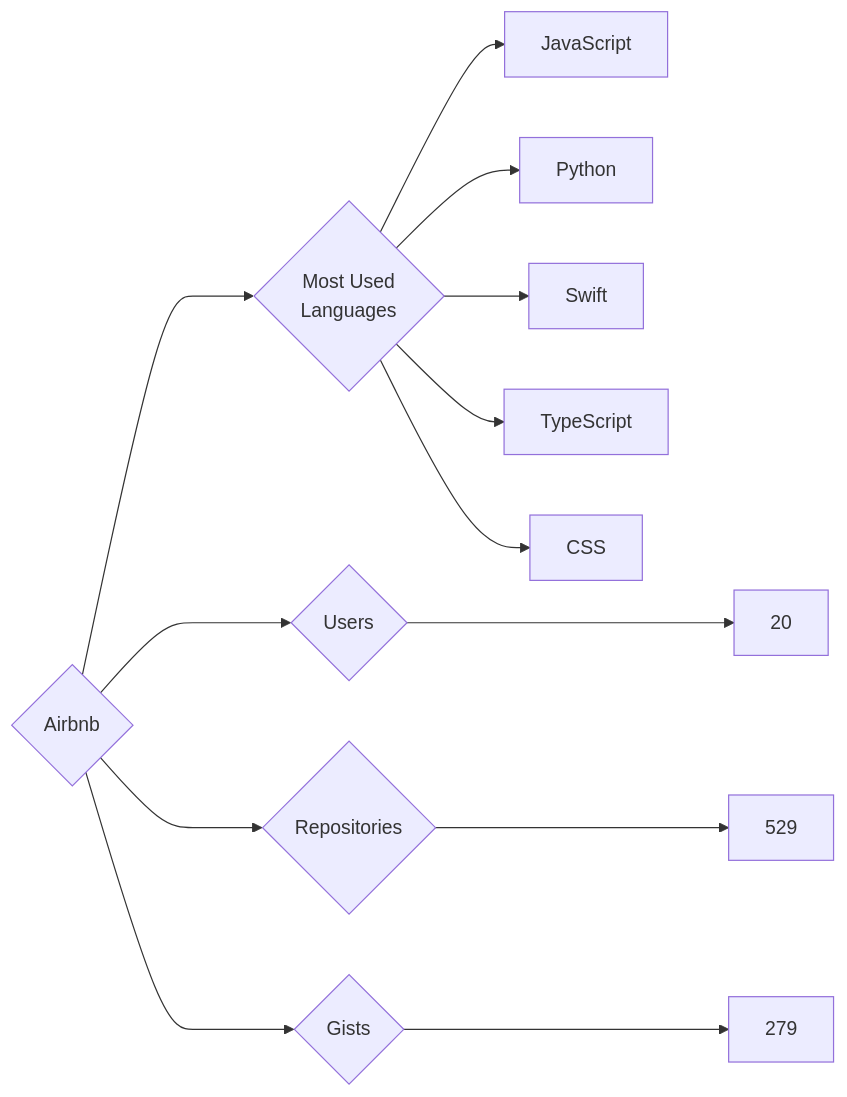
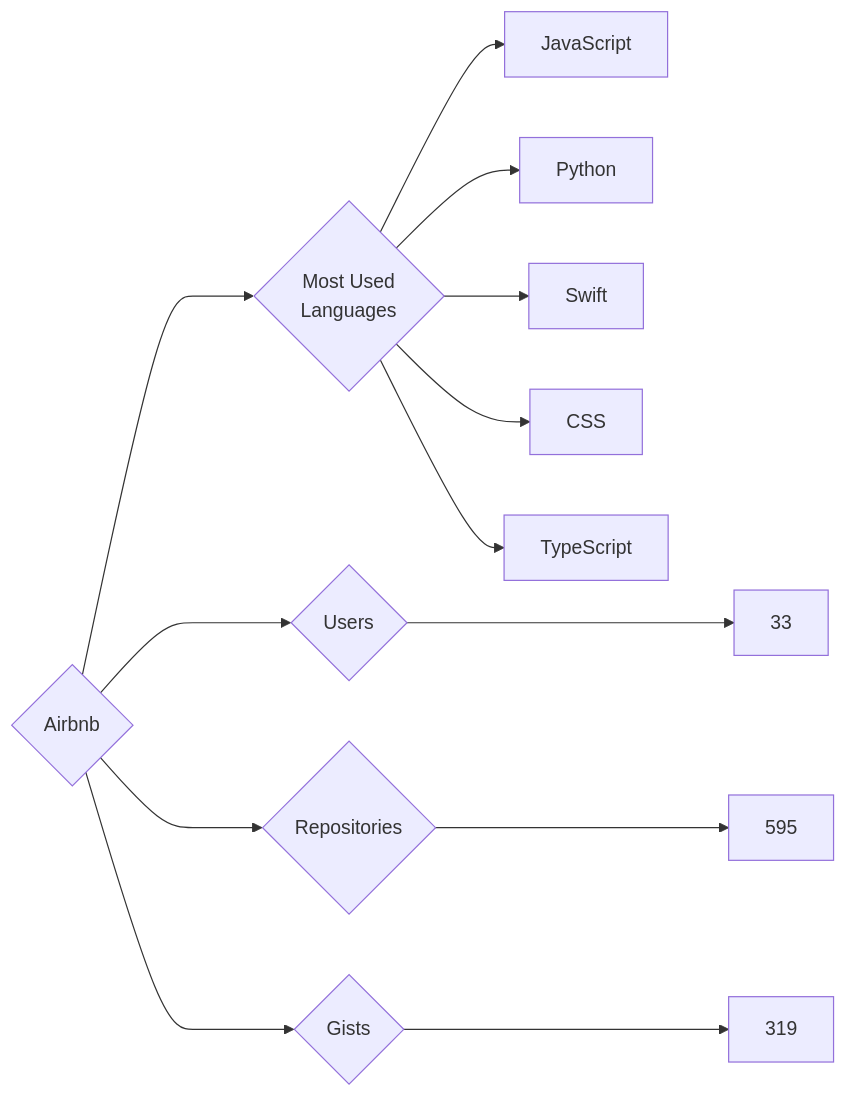
Before and after one commit to trickest/insiders: the diagram in targets/Airbnb/README.md, drawn with Mermaid. The commit also changed 874 other files, not shown here.

````diff
--- a/targets/Airbnb/README.md
+++ b/targets/Airbnb/README.md
@@ -3,13 +3,13 @@
 ```mermaid
 graph LR
 COMPANY_NAME{Airbnb}
-COMPANY_NAME ---> U{Users} ---> UN[20]
-COMPANY_NAME ---> R{Repositories} ---> RN[529]
-COMPANY_NAME ---> G{Gists} ---> GN[279]
+COMPANY_NAME ---> U{Users} ---> UN[33]
+COMPANY_NAME ---> R{Repositories} ---> RN[595]
+COMPANY_NAME ---> G{Gists} ---> GN[319]
 COMPANY_NAME ---> ML{Most Used<br>Languages}
 ML --> JavaScript[JavaScript]
 ML --> Python[Python]
 ML --> Swift[Swift]
+ML --> CSS[CSS]
 ML --> TypeScript[TypeScript]
-ML --> CSS[CSS]
 ```
````
